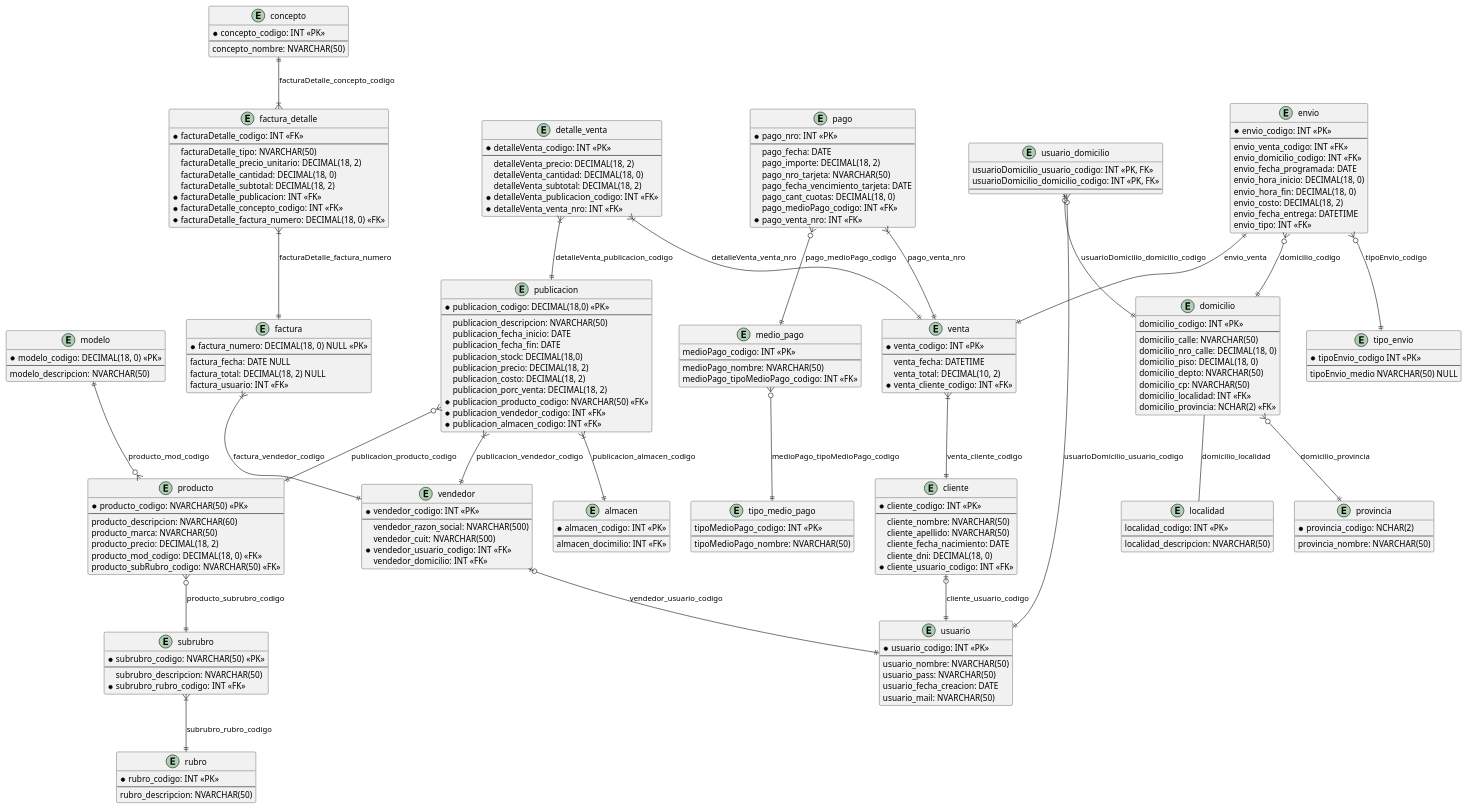
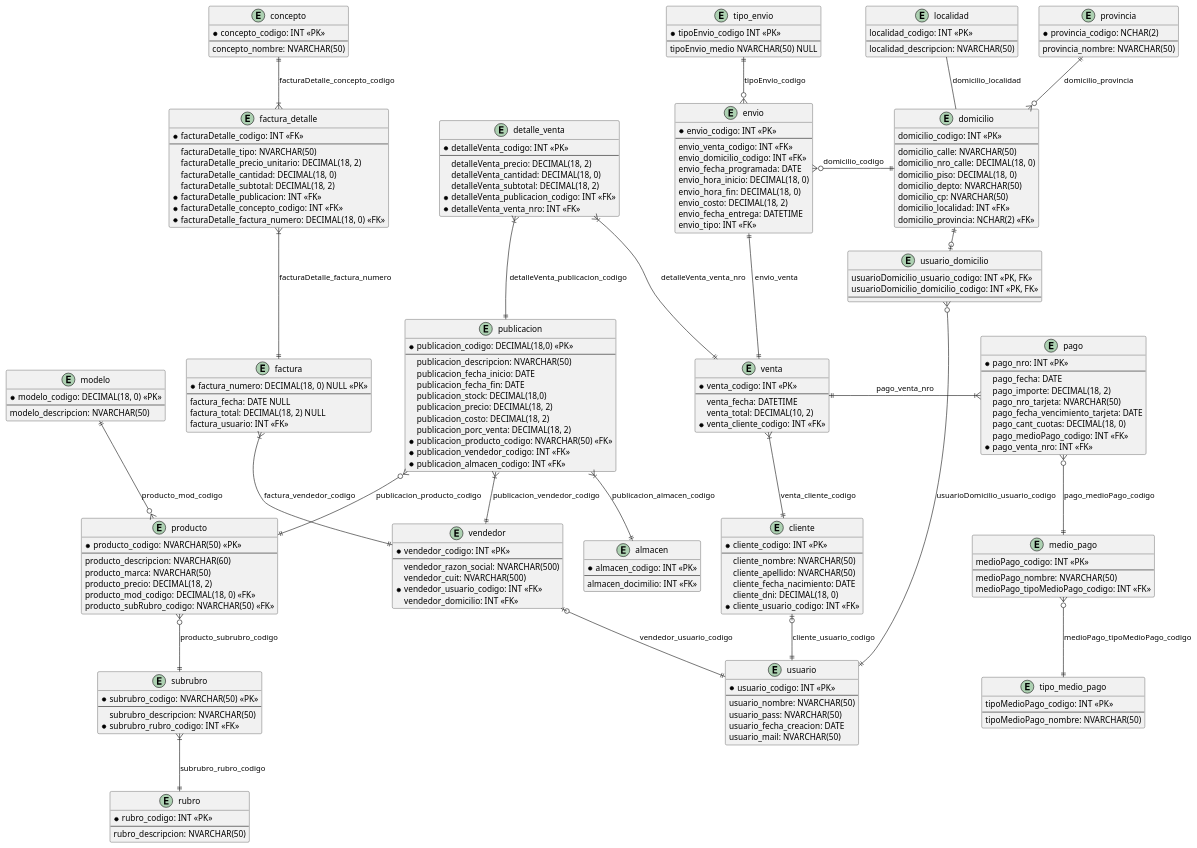
The diagram in diagramas/diagrama-entidad-relacion-inicial.puml (eitan-wajsberg/tp-gdd-2024-2C), drawn with PlantUML before and after one commit.

Commit message:
diagramas: organizo relaciones para que el diagrama quede mas prolijo

```diff
--- a/diagramas/diagrama-entidad-relacion-inicial.puml
+++ b/diagramas/diagrama-entidad-relacion-inicial.puml
@@ -210,20 +210,20 @@
 detalle_venta }|--|| venta : "detalleVenta_venta_nro"
 detalle_venta }|--|| publicacion : "detalleVenta_publicacion_codigo"
 
-pago }|--|| venta : "pago_venta_nro"
+pago }|-left-|| venta : "pago_venta_nro"
 factura }|--|| vendedor : "factura_vendedor_codigo"
 
-domicilio }o--|| provincia: "domicilio_provincia"
-domicilio -- localidad: "domicilio_localidad"
+domicilio }o-up-|| provincia: "domicilio_provincia"
+domicilio -up- localidad: "domicilio_localidad"
 
-usuario_domicilio |o--|| domicilio: "usuarioDomicilio_domicilio_codigo"
+usuario_domicilio |o-left-|| domicilio: "usuarioDomicilio_domicilio_codigo"
 usuario_domicilio }o--|| usuario: "usuarioDomicilio_usuario_codigo"
 modelo ||--o{ producto: "producto_mod_codigo"
 vendedor |o--|| usuario: "vendedor_usuario_codigo"
 cliente |o--|| usuario: "cliente_usuario_codigo" 
 
-envio }o--|| tipo_envio : "tipoEnvio_codigo"
-envio }o--|| domicilio : "domicilio_codigo"
+envio }o-up-|| tipo_envio : "tipoEnvio_codigo"
+envio }o-right-|| domicilio : "domicilio_codigo"
 envio ||--|| venta : "envio_venta"
 
 pago }o--|| medio_pago : "pago_medioPago_codigo"
```
